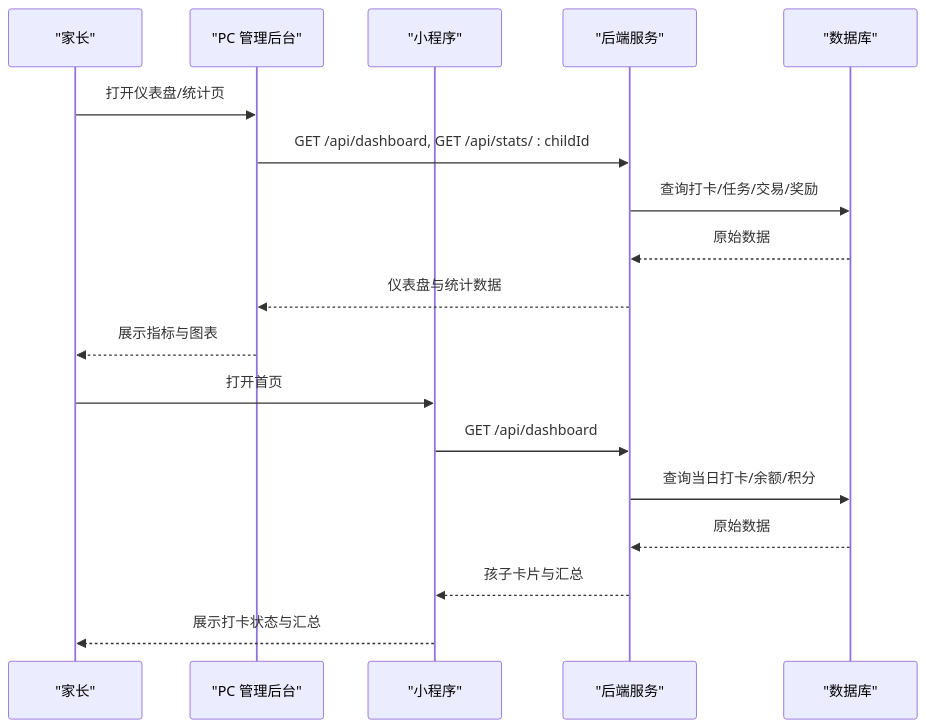
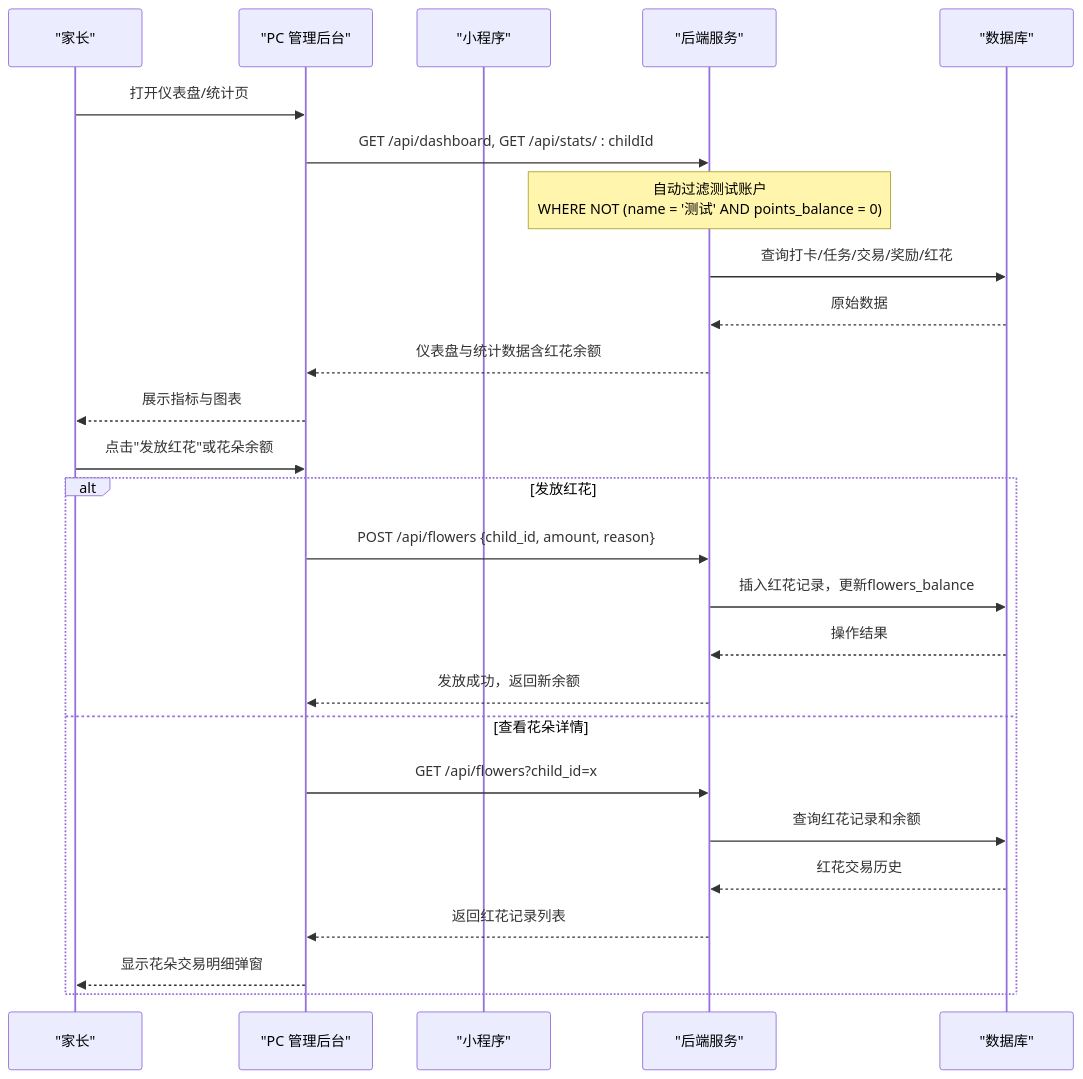
Before and after one commit to dawny123123/StarParadise: the first of 3 diagrams in .qoder/repowiki/zh/content/产品数据看板.md, drawn with Mermaid. The commit also changed other lines of this file and 126 other files, not shown here.

````diff
--- a/.qoder/repowiki/zh/content/产品数据看板.md
+++ b/.qoder/repowiki/zh/content/产品数据看板.md
@@ -25,20 +43,28 @@
 ```mermaid
 sequenceDiagram
 participant Parent as "家长"
 participant PC as "PC 管理后台"
 participant Mini as "小程序"
 participant API as "后端服务"
 participant DB as "数据库"
 Parent->>PC : 打开仪表盘/统计页
 PC->>API : GET /api/dashboard, GET /api/stats/ : childId
-API->>DB : 查询打卡/任务/交易/奖励
+Note over API : 自动过滤测试账户<br/>WHERE NOT (name = '测试' AND points_balance = 0)
+API->>DB : 查询打卡/任务/交易/奖励/红花
 DB-->>API : 原始数据
-API-->>PC : 仪表盘与统计数据
+API-->>PC : 仪表盘与统计数据含红花余额
 PC-->>Parent : 展示指标与图表
-Parent->>Mini : 打开首页
-Mini->>API : GET /api/dashboard
-API->>DB : 查询当日打卡/余额/积分
-DB-->>API : 原始数据
-API-->>Mini : 孩子卡片与汇总
-Mini-->>Parent : 展示打卡状态与汇总
+Parent->>PC : 点击"发放红花"或花朵余额
+alt 发放红花
+PC->>API : POST /api/flowers {child_id, amount, reason}
+API->>DB : 插入红花记录，更新flowers_balance
+DB-->>API : 操作结果
+API-->>PC : 发放成功，返回新余额
+else 查看花朵详情
+PC->>API : GET /api/flowers?child_id=x
+API->>DB : 查询红花记录和余额
+DB-->>API : 红花交易历史
+API-->>PC : 返回红花记录列表
+PC-->>Parent : 显示花朵交易明细弹窗
+end
 ```
````
